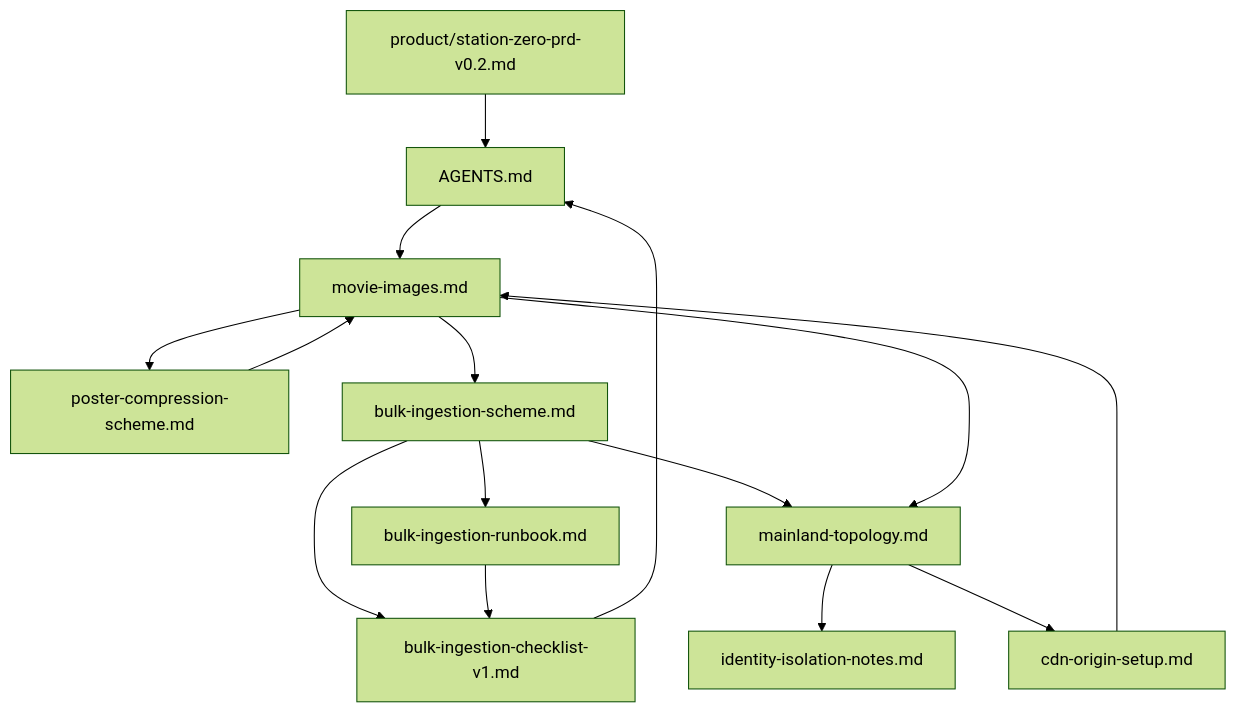
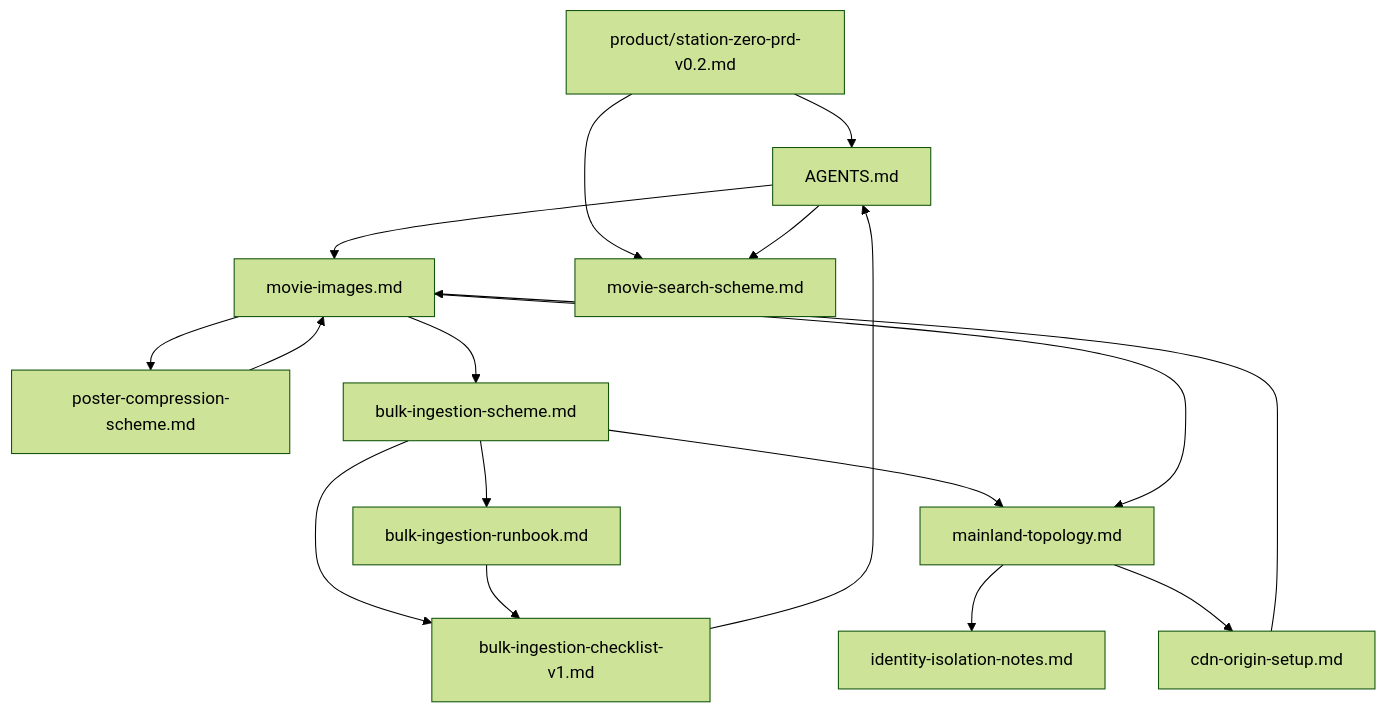
One commit to xue7106211/station-zero changed the diagram in docs/index.md. Above: the diagram before and after it, drawn with Mermaid (forest theme). The commit also changed other lines of this file and 2 other files, not shown here.

First line of the commit message:
Add movie search technical scheme and doc index links.

````diff
--- a/docs/index.md
+++ b/docs/index.md
@@ -163,28 +174,31 @@
 ```mermaid
 flowchart TB
   prd[product/station-zero-prd-v0.2.md]
   img[movie-images.md]
   poster[poster-compression-scheme.md]
+  search[movie-search-scheme.md]
   bulk[bulk-ingestion-scheme.md]
   checklist[bulk-ingestion-checklist-v1.md]
   runbook[bulk-ingestion-runbook.md]
   topo[mainland-topology.md]
   identity[identity-isolation-notes.md]
   cdn[cdn-origin-setup.md]
   agents[AGENTS.md]
 
   prd --> agents
+  prd --> search
+  agents --> search
   img --> bulk
   img --> poster
   poster --> img
   bulk --> checklist
   bulk --> runbook
   runbook --> checklist
   bulk --> topo
   img --> topo
   topo --> identity
   topo --> cdn
   cdn --> img
   agents --> img
   checklist --> agents
 ```
````
